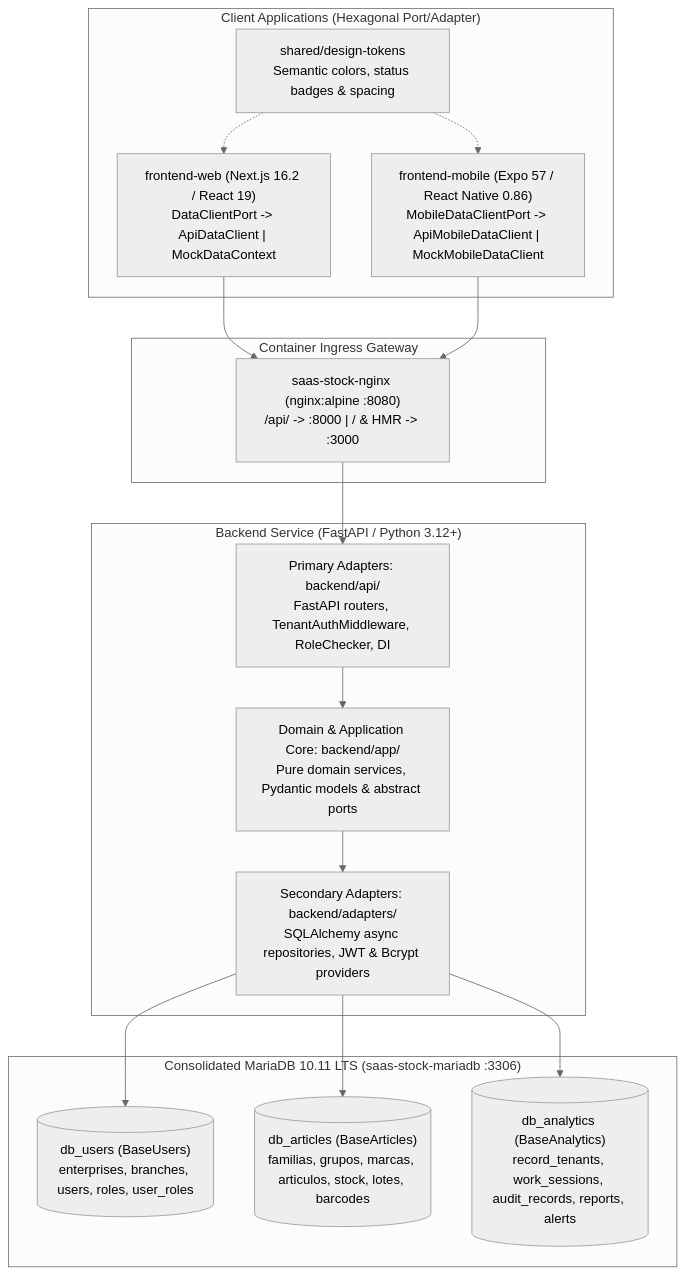
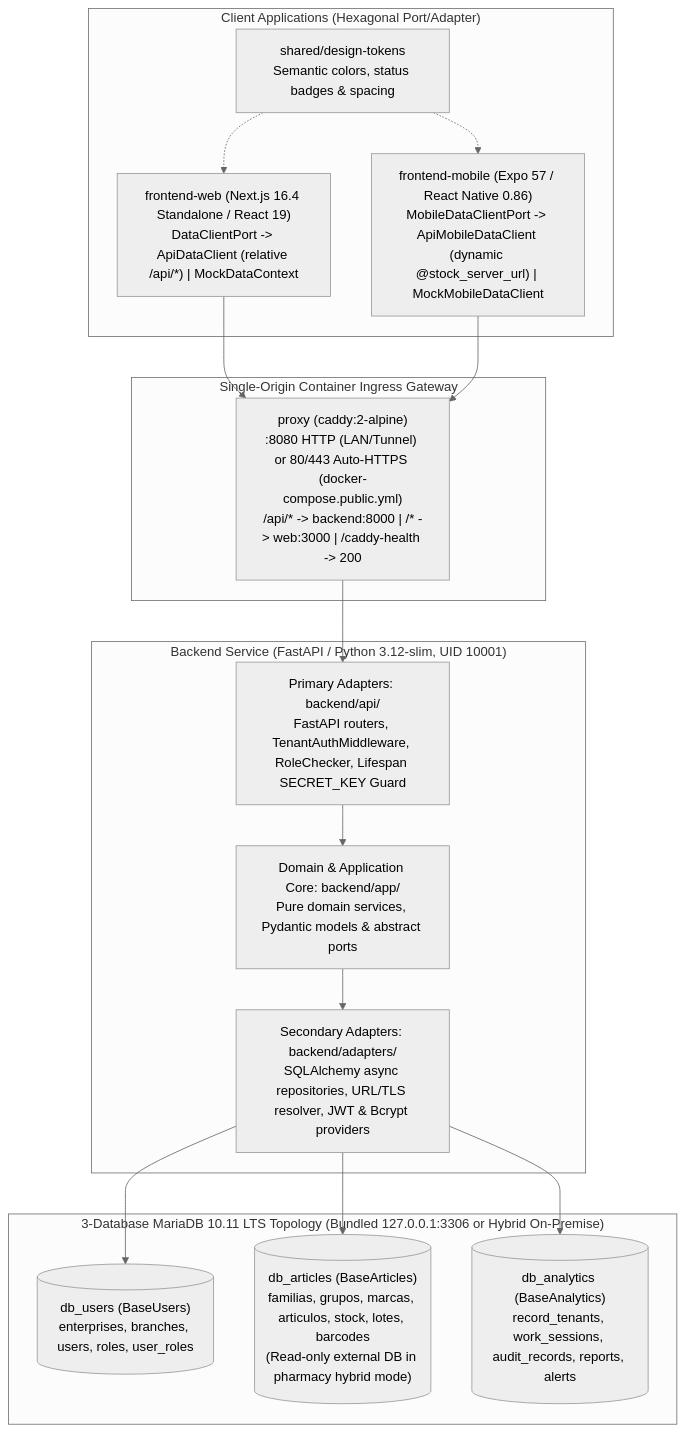
One commit to StockDepositControl/SaaSStockDepositControl changed the diagram in docs/ARCHITECTURE.md. Above: the diagram before and after it, drawn with Mermaid (neutral theme). The commit also changed other lines of this file and 10 other files, not shown here.

````diff
--- a/docs/ARCHITECTURE.md
+++ b/docs/ARCHITECTURE.md
@@ -11,35 +11,35 @@
 ```mermaid
 flowchart TD
     subgraph Clients["Client Applications (Hexagonal Port/Adapter)"]
-        WEB["frontend-web (Next.js 16.2 / React 19)<br/>DataClientPort -> ApiDataClient | MockDataContext"]
-        MOB["frontend-mobile (Expo 57 / React Native 0.86)<br/>MobileDataClientPort -> ApiMobileDataClient | MockMobileDataClient"]
+        WEB["frontend-web (Next.js 16.4 Standalone / React 19)<br/>DataClientPort -> ApiDataClient (relative /api/*) | MockDataContext"]
+        MOB["frontend-mobile (Expo 57 / React Native 0.86)<br/>MobileDataClientPort -> ApiMobileDataClient (dynamic @stock_server_url) | MockMobileDataClient"]
         TOKENS["shared/design-tokens<br/>Semantic colors, status badges & spacing"]
         TOKENS -.-> WEB
         TOKENS -.-> MOB
     end
 
-    subgraph Ingress["Container Ingress Gateway"]
-        NGINX["saas-stock-nginx (nginx:alpine :8080)<br/>/api/ -> :8000 | / & HMR -> :3000"]
+    subgraph Ingress["Single-Origin Container Ingress Gateway"]
+        CADDY["proxy (caddy:2-alpine)<br/>:8080 HTTP (LAN/Tunnel) or 80/443 Auto-HTTPS (docker-compose.public.yml)<br/>/api/* -> backend:8000 | /* -> web:3000 | /caddy-health -> 200"]
     end
 
-    subgraph Backend["Backend Service (FastAPI / Python 3.12+)"]
-        API["Primary Adapters: backend/api/<br/>FastAPI routers, TenantAuthMiddleware, RoleChecker, DI"]
+    subgraph Backend["Backend Service (FastAPI / Python 3.12-slim, UID 10001)"]
+        API["Primary Adapters: backend/api/<br/>FastAPI routers, TenantAuthMiddleware, RoleChecker, Lifespan SECRET_KEY Guard"]
         DOMAIN["Domain & Application Core: backend/app/<br/>Pure domain services, Pydantic models & abstract ports"]
-        ADAPTERS["Secondary Adapters: backend/adapters/<br/>SQLAlchemy async repositories, JWT & Bcrypt providers"]
+        ADAPTERS["Secondary Adapters: backend/adapters/<br/>SQLAlchemy async repositories, URL/TLS resolver, JWT & Bcrypt providers"]
     end
 
-    subgraph Storage["Consolidated MariaDB 10.11 LTS (saas-stock-mariadb :3306)"]
+    subgraph Storage["3-Database MariaDB 10.11 LTS Topology (Bundled 127.0.0.1:3306 or Hybrid On-Premise)"]
         DB_USERS[("db_users (BaseUsers)<br/>enterprises, branches, users, roles, user_roles")]
-        DB_ARTICLES[("db_articles (BaseArticles)<br/>familias, grupos, marcas, articulos, stock, lotes, barcodes")]
+        DB_ARTICLES[("db_articles (BaseArticles)<br/>familias, grupos, marcas, articulos, stock, lotes, barcodes<br/>(Read-only external DB in pharmacy hybrid mode)")]
         DB_ANALYTICS[("db_analytics (BaseAnalytics)<br/>record_tenants, work_sessions, audit_records, reports, alerts")]
     end
 
-    WEB --> NGINX
-    MOB --> NGINX
-    NGINX --> API
+    WEB --> CADDY
+    MOB --> CADDY
+    CADDY --> API
     API --> DOMAIN
     DOMAIN --> ADAPTERS
     ADAPTERS --> DB_USERS
     ADAPTERS --> DB_ARTICLES
     ADAPTERS --> DB_ANALYTICS
 ```
````
